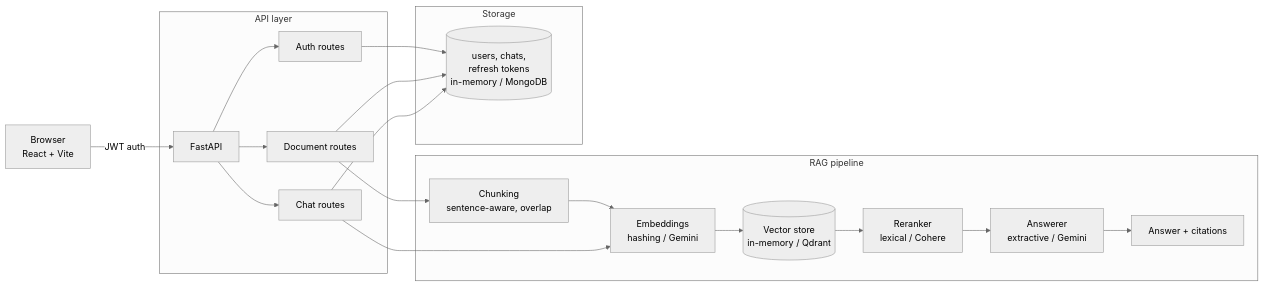
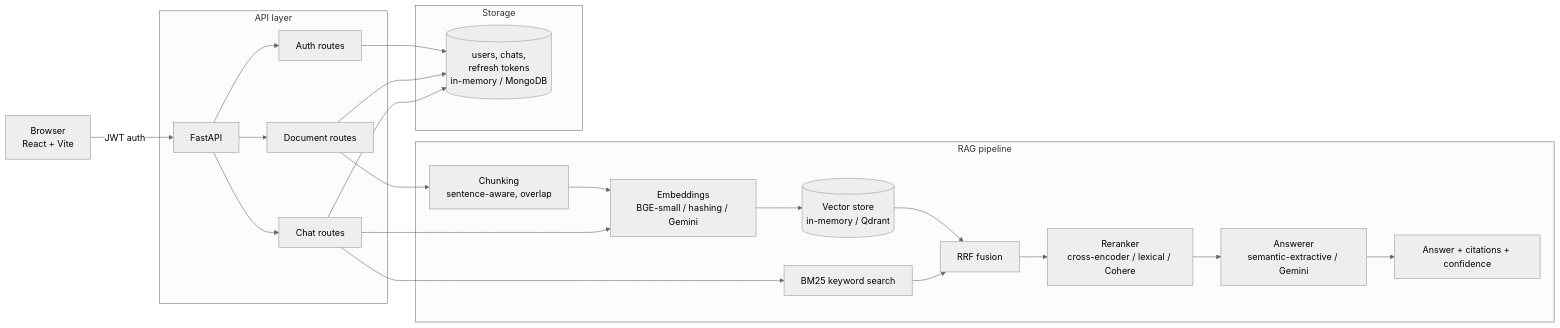
The diagram in README.md (711GHOST/Assessment_Track_B), drawn with Mermaid (neutral theme) before and after one commit. The commit also changed other lines of this file and 16 other files, not shown here.

````diff
--- a/README.md
+++ b/README.md
@@ -58,26 +67,29 @@
 ```mermaid
 flowchart LR
     U[Browser<br/>React + Vite] -->|JWT auth| A[FastAPI]
 
     subgraph API layer
         A --> AU[Auth routes]
         A --> DO[Document routes]
         A --> CH[Chat routes]
     end
 
     subgraph RAG pipeline
         DO --> C[Chunking<br/>sentence-aware, overlap]
-        C --> E[Embeddings<br/>hashing / Gemini]
+        C --> E[Embeddings<br/>BGE-small / hashing / Gemini]
         E --> V[(Vector store<br/>in-memory / Qdrant)]
         CH --> E
-        V --> R[Reranker<br/>lexical / Cohere]
-        R --> L[Answerer<br/>extractive / Gemini]
-        L --> CIT[Answer + citations]
+        CH --> BM[BM25 keyword search]
+        V --> F[RRF fusion]
+        BM --> F
+        F --> R[Reranker<br/>cross-encoder / lexical / Cohere]
+        R --> L[Answerer<br/>semantic-extractive / Gemini]
+        L --> CIT[Answer + citations + confidence]
     end
 
     subgraph Storage
         AU --> DB[(users, chats,<br/>refresh tokens<br/>in-memory / MongoDB)]
         DO --> DB
         CH --> DB
     end
 ```
````
